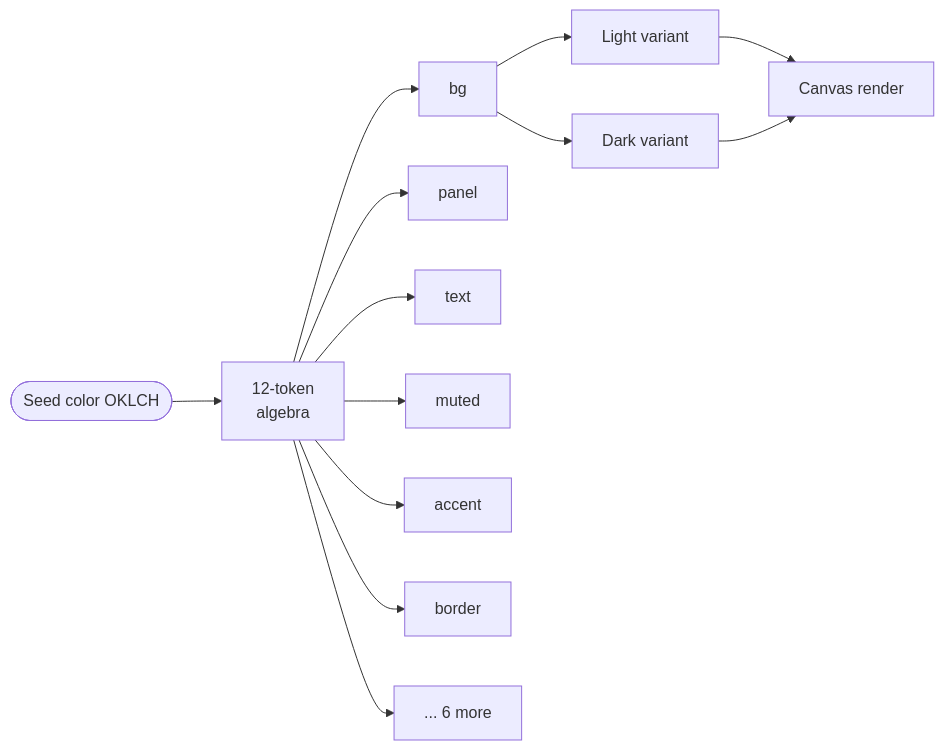
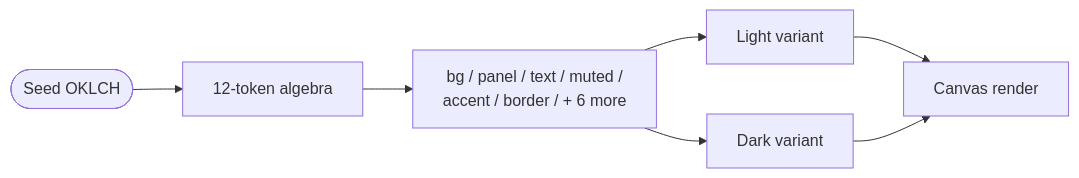
Before and after one commit to aayushman-singh/open-canvas: the fifth of 35 diagrams in docs/demo/diagrams/live-draw-reference.md, drawn with Mermaid. The commit also changed other lines of this file and 1 other file, not shown here.

````diff
--- a/docs/demo/diagrams/live-draw-reference.md
+++ b/docs/demo/diagrams/live-draw-reference.md
@@ -229,15 +191,9 @@
 ```mermaid
 flowchart LR
-  seed([Seed color OKLCH]) --> algebra[12-token<br/>algebra]
-  algebra --> bg[bg]
-  algebra --> panel[panel]
-  algebra --> text[text]
-  algebra --> muted[muted]
-  algebra --> accent[accent]
-  algebra --> border[border]
-  algebra --> dots[... 6 more]
-  bg --> light[Light variant]
-  bg --> dark[Dark variant]
+  seed([Seed OKLCH]) --> algebra[12-token algebra]
+  algebra --> tokens["bg / panel / text / muted /<br/>accent / border / + 6 more"]
+  tokens --> light[Light variant]
+  tokens --> dark[Dark variant]
   light --> render[Canvas render]
   dark --> render
 ```
````
